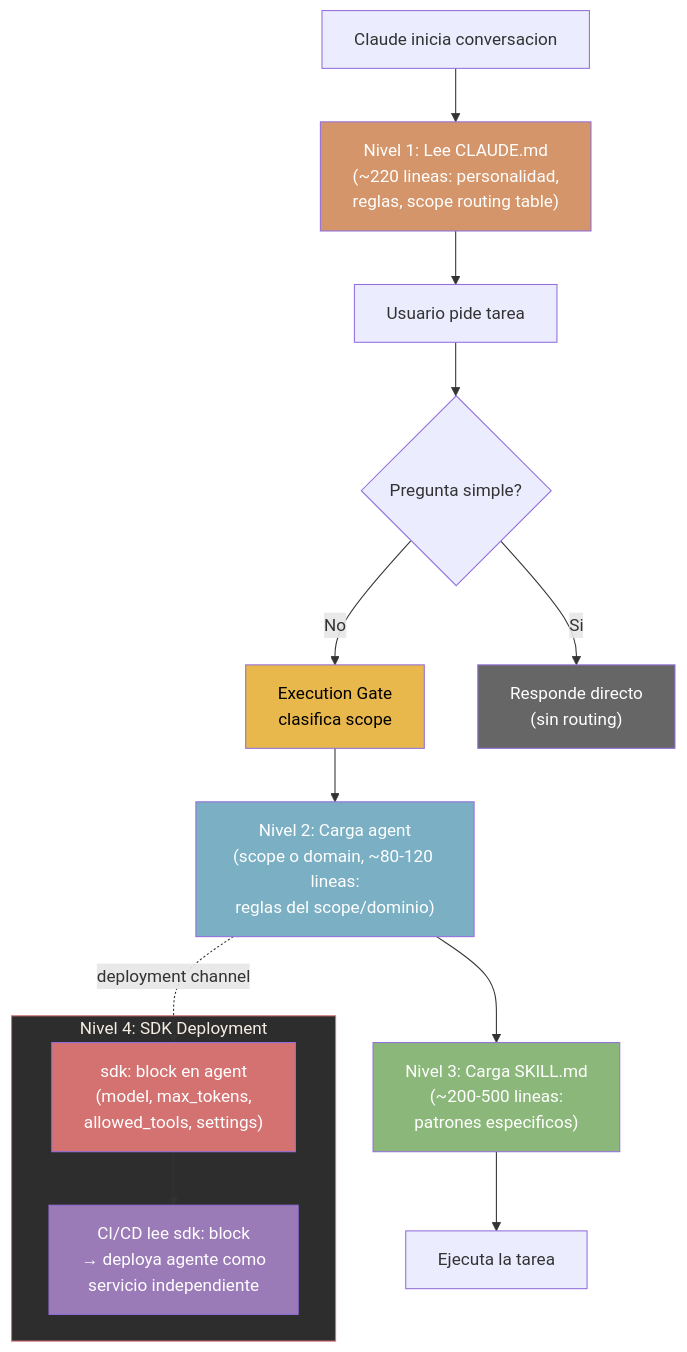
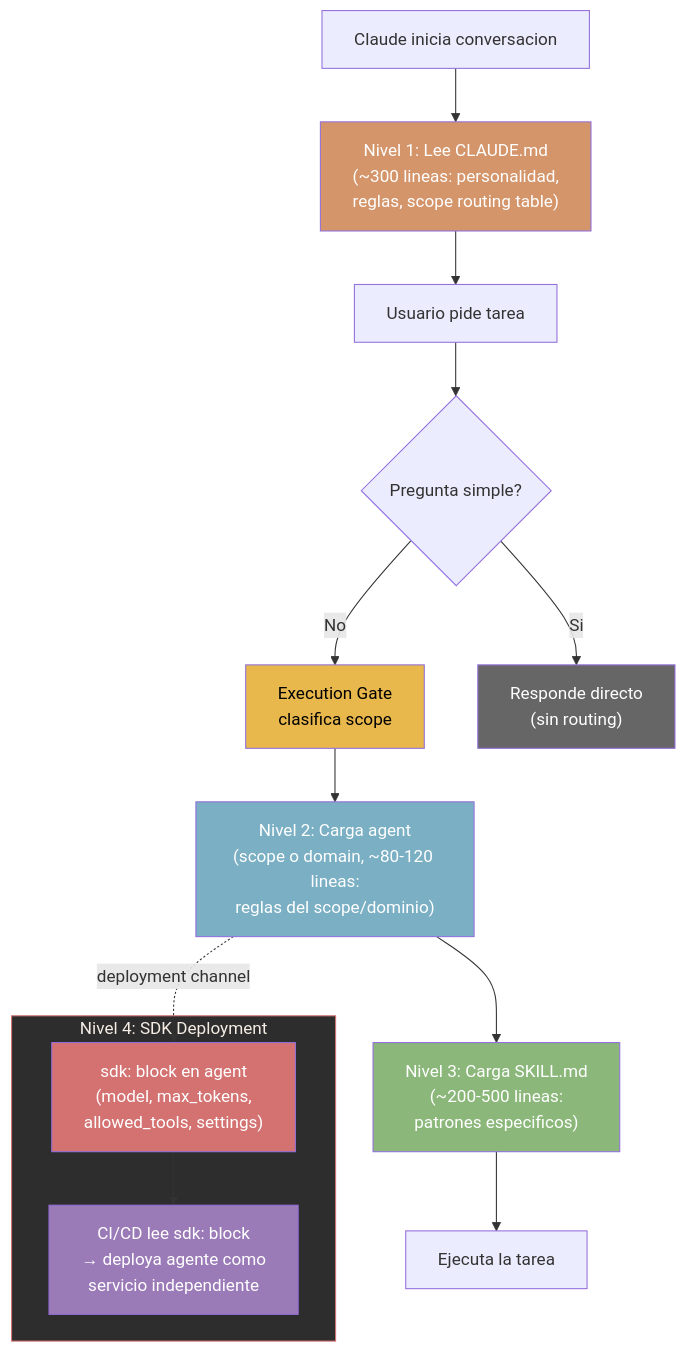
One commit to jota-batuta/batuta-dots changed the ninth of 31 diagrams in docs/architecture/arquitectura-diagrama.md. Above: the diagram before and after it, drawn with Mermaid. The commit also changed other lines of this file and 19 other files, not shown here.

````diff
--- a/docs/architecture/arquitectura-diagrama.md
+++ b/docs/architecture/arquitectura-diagrama.md
@@ -400,31 +415,31 @@
 ```mermaid
 flowchart TD
     START["Claude inicia conversacion"]
-    READ["Nivel 1: Lee CLAUDE.md<br/>(~220 lineas: personalidad,<br/>reglas, scope routing table)"]
+    READ["Nivel 1: Lee CLAUDE.md<br/>(~300 lineas: personalidad,<br/>reglas, scope routing table)"]
     TASK["Usuario pide tarea"]
     GATE["Execution Gate<br/>clasifica scope"]
     LOAD_AGENT["Nivel 2: Carga agent<br/>(scope o domain, ~80-120 lineas:<br/>reglas del scope/dominio)"]
     LOAD_SKILL["Nivel 3: Carga SKILL.md<br/>(~200-500 lineas:<br/>patrones especificos)"]
     WORK["Ejecuta la tarea"]
     SIMPLE{"Pregunta simple?"}
     DIRECT["Responde directo<br/>(sin routing)"]
 
     subgraph SDK_LEVEL["Nivel 4: SDK Deployment"]
         SDK_BLOCK["sdk: block en agent<br/>(model, max_tokens,<br/>allowed_tools, settings)"]
         CI_CD["CI/CD lee sdk: block<br/>→ deploya agente como<br/>servicio independiente"]
     end
 
     START --> READ --> TASK --> SIMPLE
     SIMPLE -->|"Si"| DIRECT
     SIMPLE -->|"No"| GATE --> LOAD_AGENT --> LOAD_SKILL --> WORK
     LOAD_AGENT -.->|"deployment channel"| SDK_BLOCK --> CI_CD
 
     style READ fill:#D4956A,color:#fff
     style LOAD_AGENT fill:#7AAFC4,color:#fff
     style LOAD_SKILL fill:#8BB87A,color:#fff
     style GATE fill:#E8B84D,color:#000
     style DIRECT fill:#666,color:#fff
     style SDK_LEVEL fill:#2d2d2d,stroke:#D47272,color:#F5EDE4
     style SDK_BLOCK fill:#D47272,color:#fff
     style CI_CD fill:#9B7AB8,color:#fff
 ```
````
